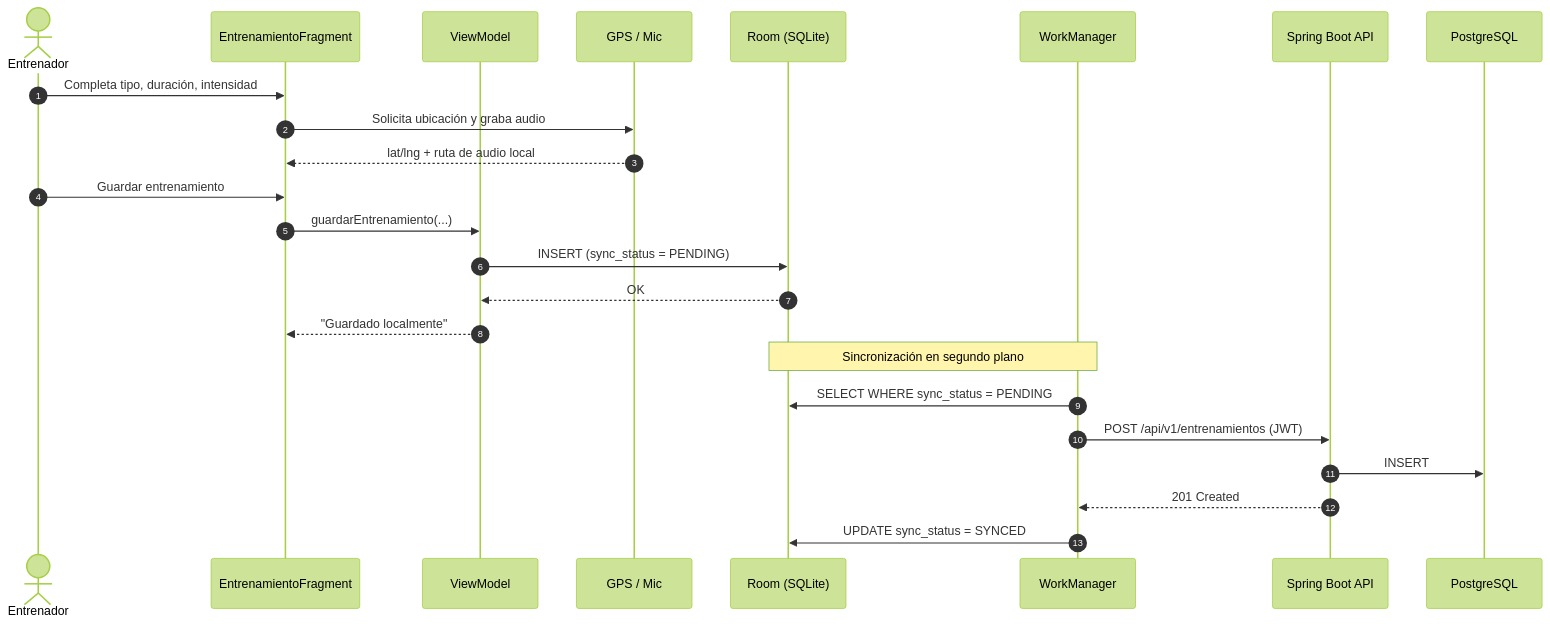
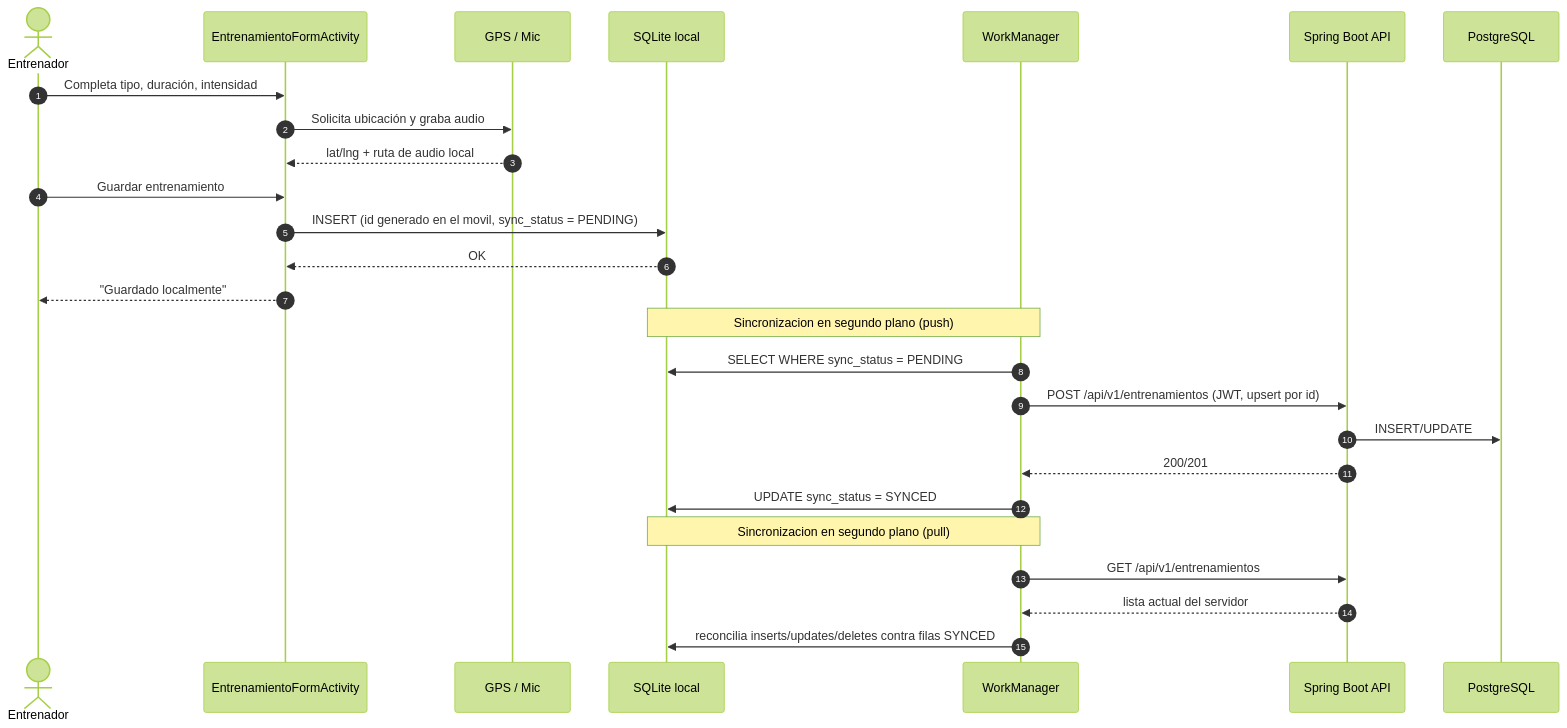
Before and after one commit to NicolasChaves93/Aplicacion-deportiva: the third of 4 diagrams in README.md, drawn with Mermaid (forest theme). The commit also changed other lines of this file and 17 other files, not shown here.

````diff
--- a/README.md
+++ b/README.md
@@ -113,28 +116,31 @@
 ```mermaid
 sequenceDiagram
     autonumber
     actor U as Entrenador
-    participant UI as EntrenamientoFragment
-    participant VM as ViewModel
+    participant UI as EntrenamientoFormActivity
     participant HW as GPS / Mic
-    participant DB as Room (SQLite)
+    participant DB as SQLite local
     participant WM as WorkManager
     participant API as Spring Boot API
     participant PG as PostgreSQL
 
     U->>UI: Completa tipo, duración, intensidad
     UI->>HW: Solicita ubicación y graba audio
     HW-->>UI: lat/lng + ruta de audio local
     U->>UI: Guardar entrenamiento
-    UI->>VM: guardarEntrenamiento(...)
-    VM->>DB: INSERT (sync_status = PENDING)
-    DB-->>VM: OK
-    VM-->>UI: "Guardado localmente"
+    UI->>DB: INSERT (id generado en el movil, sync_status = PENDING)
+    DB-->>UI: OK
+    UI-->>U: "Guardado localmente"
 
-    Note over DB,WM: Sincronización en segundo plano
+    Note over DB,WM: Sincronizacion en segundo plano (push)
     WM->>DB: SELECT WHERE sync_status = PENDING
-    WM->>API: POST /api/v1/entrenamientos (JWT)
-    API->>PG: INSERT
-    API-->>WM: 201 Created
+    WM->>API: POST /api/v1/entrenamientos (JWT, upsert por id)
+    API->>PG: INSERT/UPDATE
+    API-->>WM: 200/201
     WM->>DB: UPDATE sync_status = SYNCED
+
+    Note over DB,WM: Sincronizacion en segundo plano (pull)
+    WM->>API: GET /api/v1/entrenamientos
+    API-->>WM: lista actual del servidor
+    WM->>DB: reconcilia inserts/updates/deletes contra filas SYNCED
 ```
````
